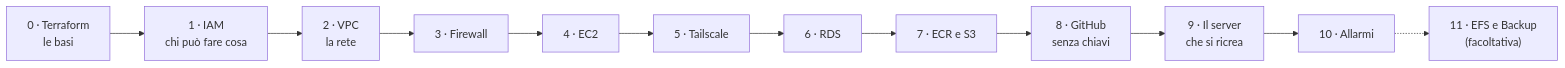
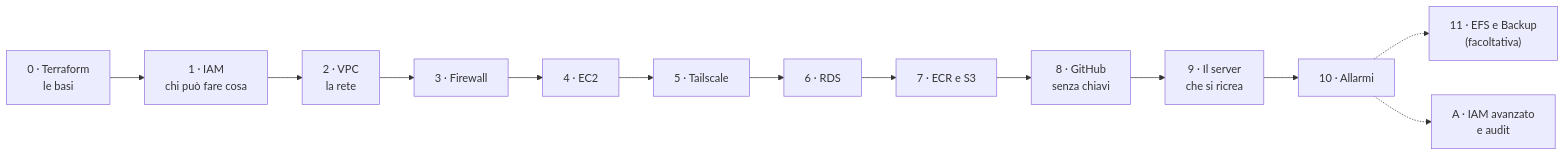
One commit to cereZ23/aws changed the diagram in README.md. Above: the diagram before and after it, drawn with Mermaid. The commit also changed other lines of this file and 2 other files, not shown here.

Commit message:
Appendice A: IAM avanzato e audit (dispensa e slide)

````diff
--- a/README.md
+++ b/README.md
@@ -19,14 +19,15 @@
 ```mermaid
 flowchart LR
     L0["0 · Terraform<br/>le basi"] --> L1["1 · IAM<br/>chi può fare cosa"]
     L1 --> L2["2 · VPC<br/>la rete"]
     L2 --> L3["3 · Firewall"]
     L3 --> L4["4 · EC2"]
     L4 --> L5["5 · Tailscale"]
     L5 --> L6["6 · RDS"]
     L6 --> L7["7 · ECR e S3"]
     L7 --> L8["8 · GitHub<br/>senza chiavi"]
     L8 --> L9["9 · Il server<br/>che si ricrea"]
     L9 --> L10["10 · Allarmi"]
     L10 -.-> L11["11 · EFS e Backup<br/>(facoltativa)"]
+    L10 -.-> LA["A · IAM avanzato<br/>e audit"]
 ```
````
